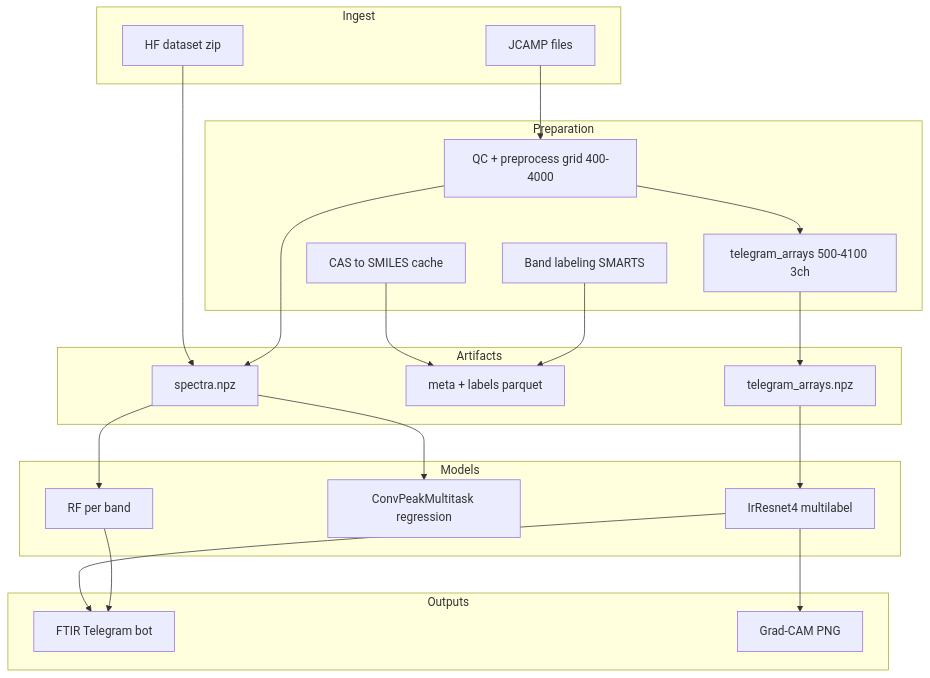
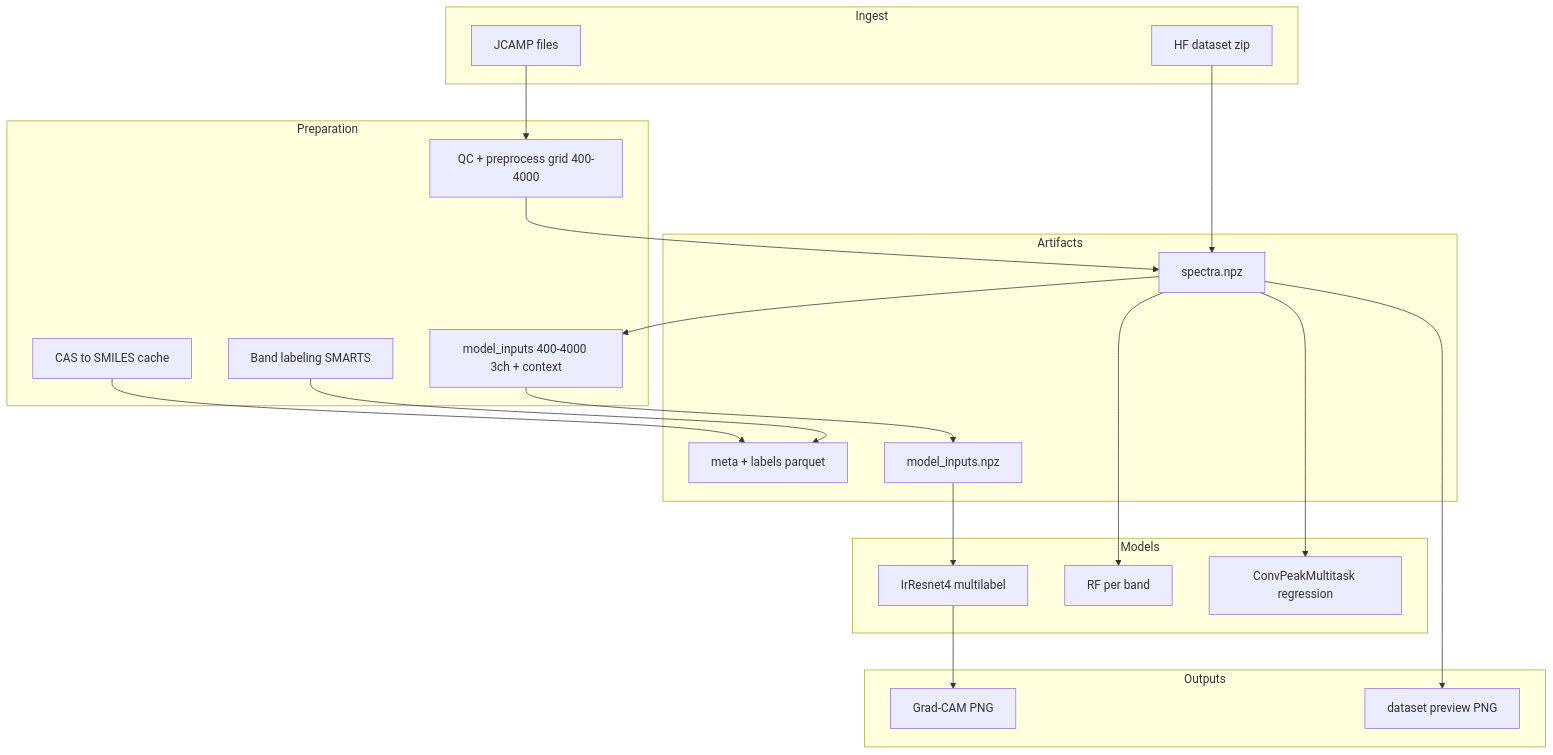
One commit to Lamblador/IR_expert_system_3 changed the diagram in docs/ARCHITECTURE.md. Above: the diagram before and after it, drawn with Mermaid. The commit also changed other lines of this file and 31 other files, not shown here.

````diff
--- a/docs/ARCHITECTURE.md
+++ b/docs/ARCHITECTURE.md
@@ -5,40 +5,39 @@
 ```mermaid
 flowchart TB
     subgraph ingest [Ingest]
         JCAMP[JCAMP files]
         HF[HF dataset zip]
     end
     subgraph prep [Preparation]
         QC[QC + preprocess grid 400-4000]
         STRUCT[CAS to SMILES cache]
         LABEL[Band labeling SMARTS]
-        TG[telegram_arrays 500-4100 3ch]
+        RIN[model_inputs 400-4000 3ch + context]
     end
     subgraph store [Artifacts]
         NPZ[spectra.npz]
         PARQ[meta + labels parquet]
-        TGNPZ[telegram_arrays.npz]
+        MINPZ[model_inputs.npz]
     end
     subgraph models [Models]
         RF[RF per band]
         CNN1D[ConvPeakMultitask regression]
         IR4[IrResnet4 multilabel]
     end
     subgraph out [Outputs]
-        BOT[FTIR Telegram bot]
+        PREV[dataset preview PNG]
         CAM[Grad-CAM PNG]
     end
     JCAMP --> QC
     HF --> NPZ
     QC --> NPZ
-    QC --> TG
+    NPZ --> RIN
+    RIN --> MINPZ
     STRUCT --> PARQ
     LABEL --> PARQ
-    TG --> TGNPZ
     NPZ --> RF
     NPZ --> CNN1D
-    TGNPZ --> IR4
+    MINPZ --> IR4
+    NPZ --> PREV
     IR4 --> CAM
-    IR4 --> BOT
-    RF --> BOT
 ```
````
